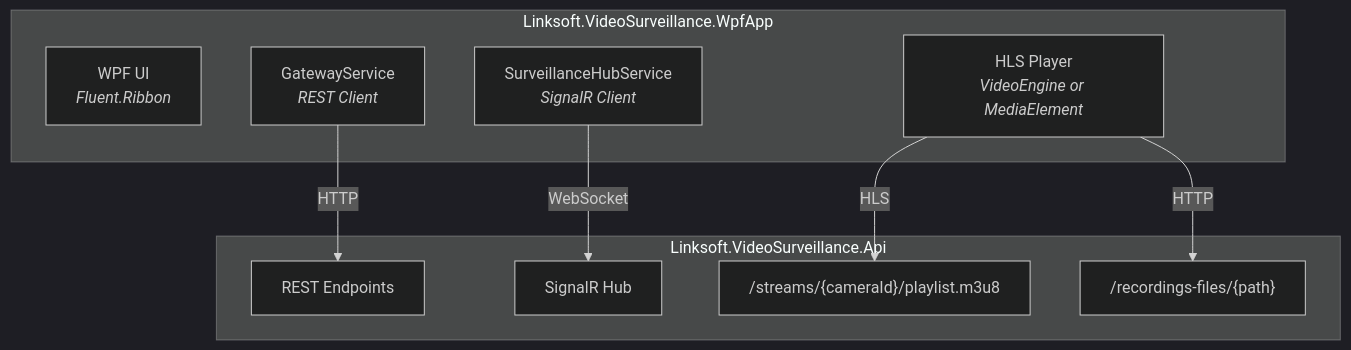
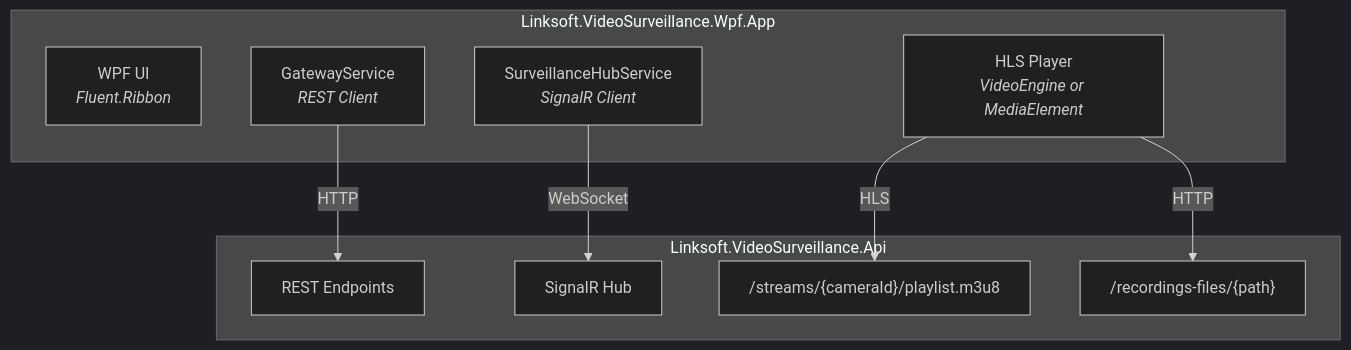
Before and after one commit to davidkallesen/Linksoft.VideoSurveillance: the diagram in docs/roadmap.md, drawn with Mermaid (dark theme). The commit also changed other lines of this file and 406 other files, not shown here.

````diff
--- a/docs/roadmap.md
+++ b/docs/roadmap.md
@@ -18,21 +18,21 @@
 ```mermaid
 graph TB
-    subgraph WpfApp["Linksoft.VideoSurveillance.WpfApp"]
+    subgraph WpfApp["Linksoft.VideoSurveillance.Wpf.App"]
         UI["WPF UI<br/><i>Fluent.Ribbon</i>"]
         Gateway["GatewayService<br/><i>REST Client</i>"]
         HubService["SurveillanceHubService<br/><i>SignalR Client</i>"]
         HLS["HLS Player<br/><i>VideoEngine or MediaElement</i>"]
     end
 
     subgraph Server["Linksoft.VideoSurveillance.Api"]
         API["REST Endpoints"]
         Hub["SignalR Hub"]
         Streams["/streams/{cameraId}/playlist.m3u8"]
         Recordings["/recordings-files/{path}"]
     end
 
     Gateway -- "HTTP" --> API
     HubService -- "WebSocket" --> Hub
     HLS -- "HLS" --> Streams
     HLS -- "HTTP" --> Recordings
 ```
````
